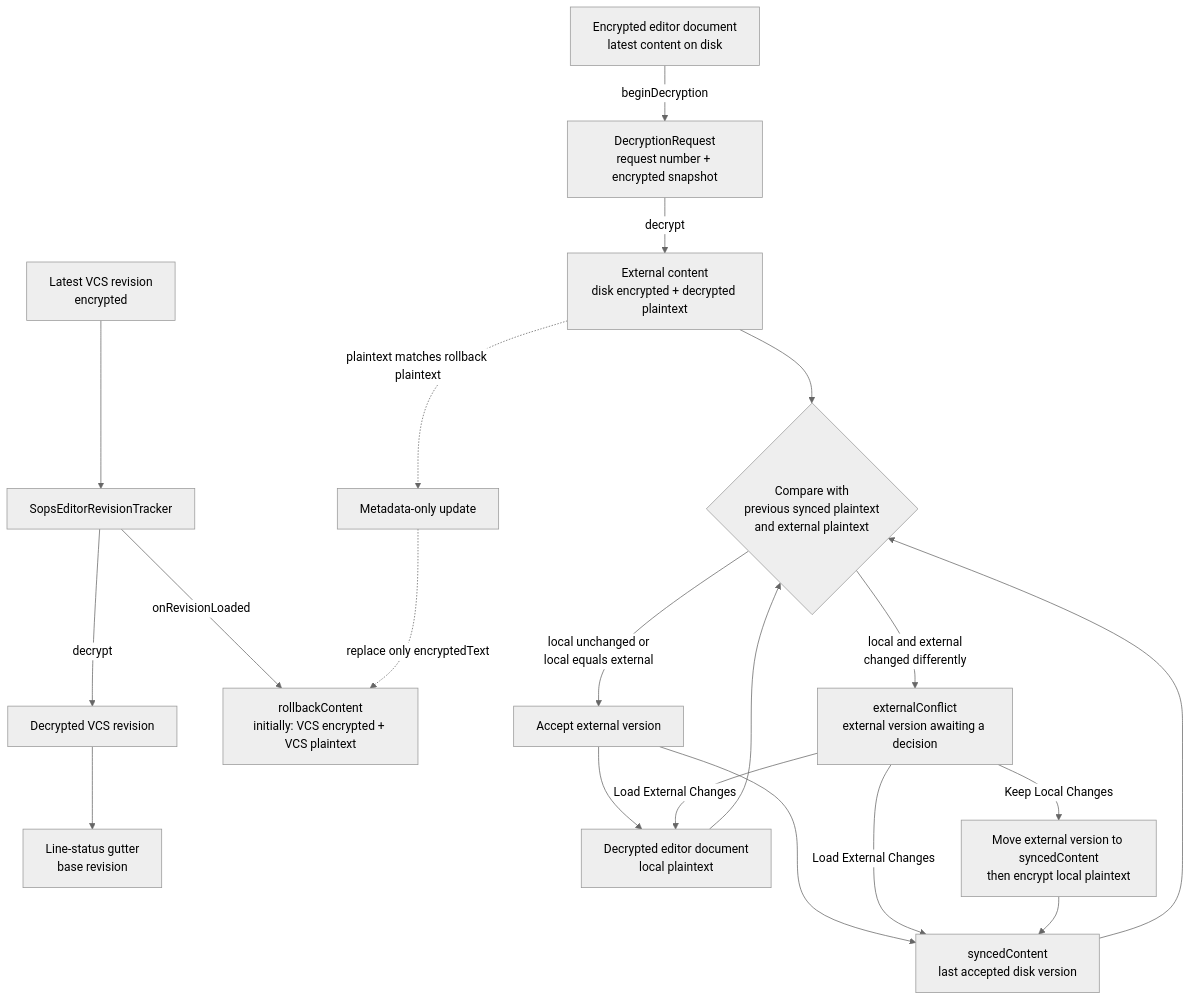
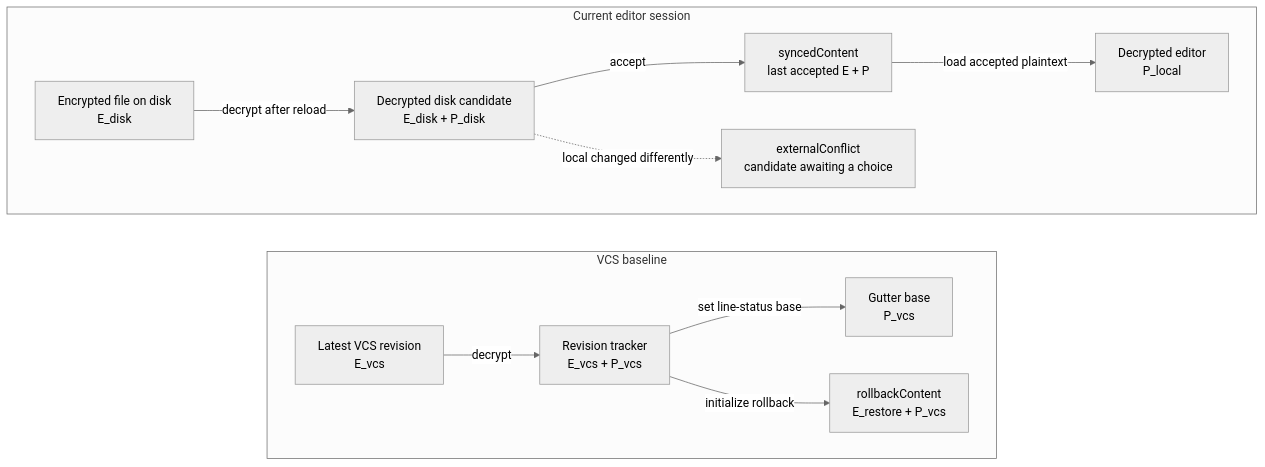
The first of 6 diagrams in src/main/kotlin/com/github/blarc/sops/intellij/plugin/providers/README.md (Blarc/sops-intellij-plugin), drawn with Mermaid (neutral theme) before and after one commit. The commit also changed other lines of this file and 2 other files, not shown here.

````diff
--- a/src/main/kotlin/com/github/blarc/sops/intellij/plugin/providers/README.md
+++ b/src/main/kotlin/com/github/blarc/sops/intellij/plugin/providers/README.md
@@ -14,27 +25,29 @@
 ```mermaid
-flowchart TD
-    vcs[Latest VCS revision<br/>encrypted] --> revision[SopsEditorRevisionTracker]
-    revision -->|decrypt| vcsPlain[Decrypted VCS revision]
-    vcsPlain --> gutter[Line-status gutter<br/>base revision]
-    revision -->|onRevisionLoaded| rollback[rollbackContent<br/>initially: VCS encrypted + VCS plaintext]
+flowchart LR
+    subgraph vcsFlow["VCS baseline"]
+        direction LR
+        vcs["Latest VCS revision<br/>E_vcs"]
+        tracker["Revision tracker<br/>E_vcs + P_vcs"]
+        gutter["Gutter base<br/>P_vcs"]
+        rollback["rollbackContent<br/>E_restore + P_vcs"]
 
-    disk[Encrypted editor document<br/>latest content on disk] -->|beginDecryption| request[DecryptionRequest<br/>request number + encrypted snapshot]
-    request -->|decrypt| external[External content<br/>disk encrypted + decrypted plaintext]
+        vcs -->|decrypt| tracker
+        tracker -->|set line-status base| gutter
+        tracker -->|initialize rollback| rollback
+    end
 
-    local[Decrypted editor document<br/>local plaintext] --> decision{Compare with<br/>previous synced plaintext<br/>and external plaintext}
-    synced[syncedContent<br/>last accepted disk version] --> decision
-    external --> decision
+    subgraph diskFlow["Current editor session"]
+        direction LR
+        disk["Encrypted file on disk<br/>E_disk"]
+        candidate["Decrypted disk candidate<br/>E_disk + P_disk"]
+        synced["syncedContent<br/>last accepted E + P"]
+        local["Decrypted editor<br/>P_local"]
+        conflict["externalConflict<br/>candidate awaiting a choice"]
 
-    decision -->|local unchanged or<br/>local equals external| accepted[Accept external version]
-    accepted --> synced
-    accepted --> local
+        disk -->|decrypt after reload| candidate
+        candidate -->|accept| synced
+        synced -->|load accepted plaintext| local
+        candidate -.->|local changed differently| conflict
+    end
 
-    decision -->|local and external<br/>changed differently| conflict[externalConflict<br/>external version awaiting a decision]
-    conflict -->|Load External Changes| synced
-    conflict -->|Load External Changes| local
-    conflict -->|Keep Local Changes| keep[Move external version to syncedContent<br/>then encrypt local plaintext]
-    keep --> synced
-
-    external -. plaintext matches rollback plaintext .-> metadata[Metadata-only update]
-    metadata -. replace only encryptedText .-> rollback
 ```
````
